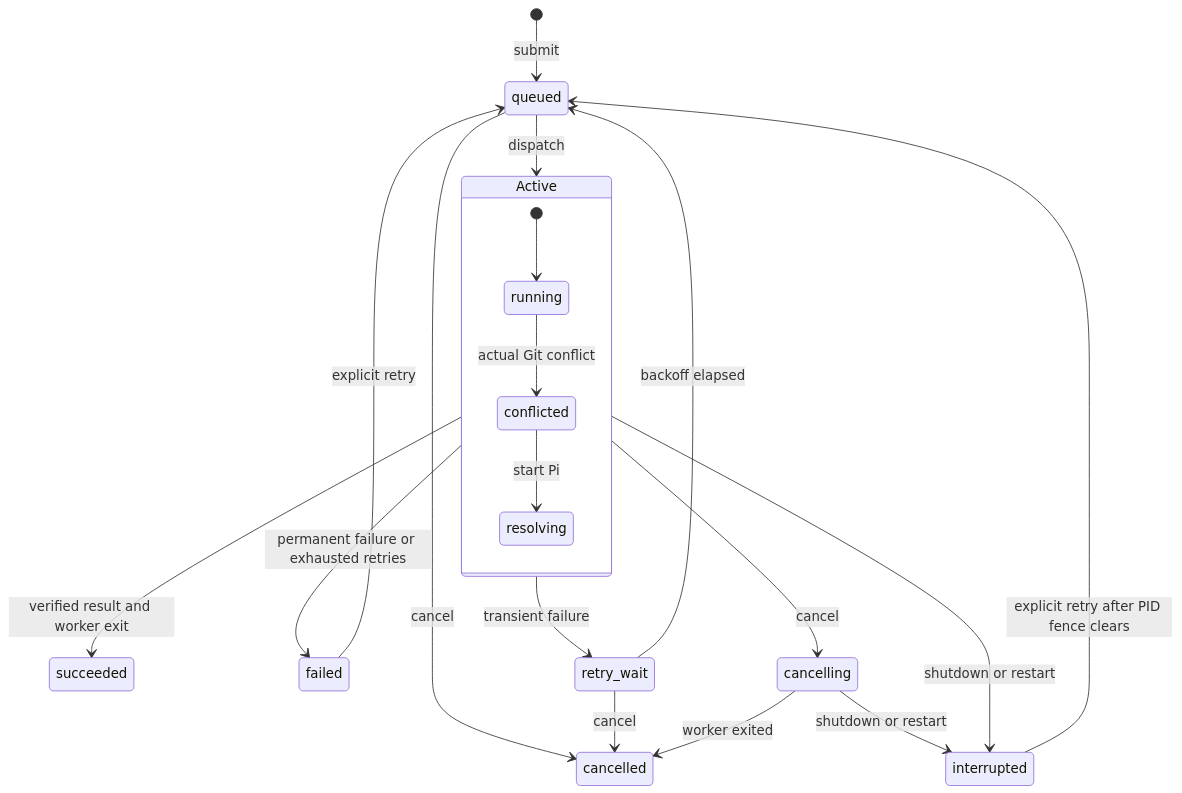
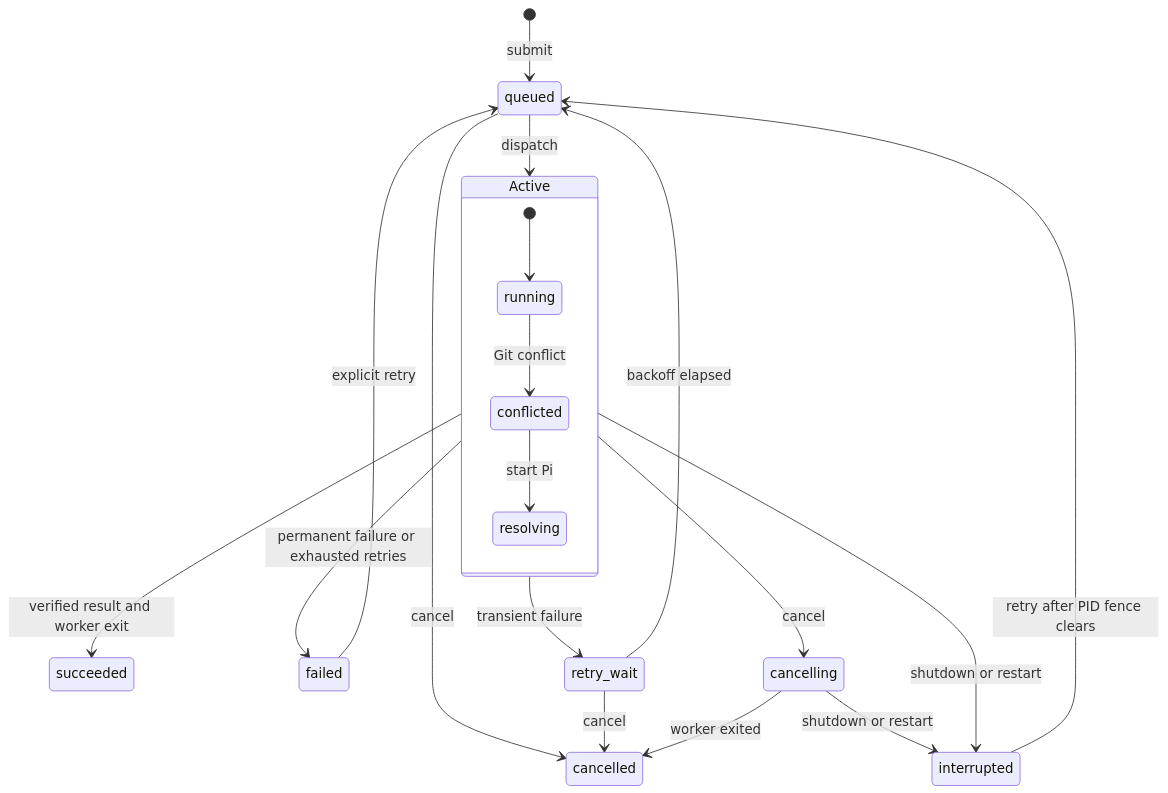
One commit to lanej/octo-manager changed the second of 2 diagrams in docs/architecture.md. Above: the diagram before and after it, drawn with Mermaid. The commit also changed other lines of this file and 9 other files, not shown here.

Commit message:
docs(issues): explain lifecycle authority and timeout flows

````diff
--- a/docs/architecture.md
+++ b/docs/architecture.md
@@ -26,22 +52,22 @@
 ```mermaid
 stateDiagram-v2
     [*] --> queued: submit
     queued --> Active: dispatch
     state Active {
         [*] --> running
-        running --> conflicted: actual Git conflict
+        running --> conflicted: Git conflict
         conflicted --> resolving: start Pi
     }
     Active --> succeeded: verified result and worker exit
     Active --> failed: permanent failure or exhausted retries
     Active --> retry_wait: transient failure
     Active --> cancelling: cancel
     Active --> interrupted: shutdown or restart
     retry_wait --> queued: backoff elapsed
     queued --> cancelled: cancel
     retry_wait --> cancelled: cancel
     cancelling --> cancelled: worker exited
     cancelling --> interrupted: shutdown or restart
     failed --> queued: explicit retry
-    interrupted --> queued: explicit retry after PID fence clears
+    interrupted --> queued: retry after PID fence clears
 ```
````
